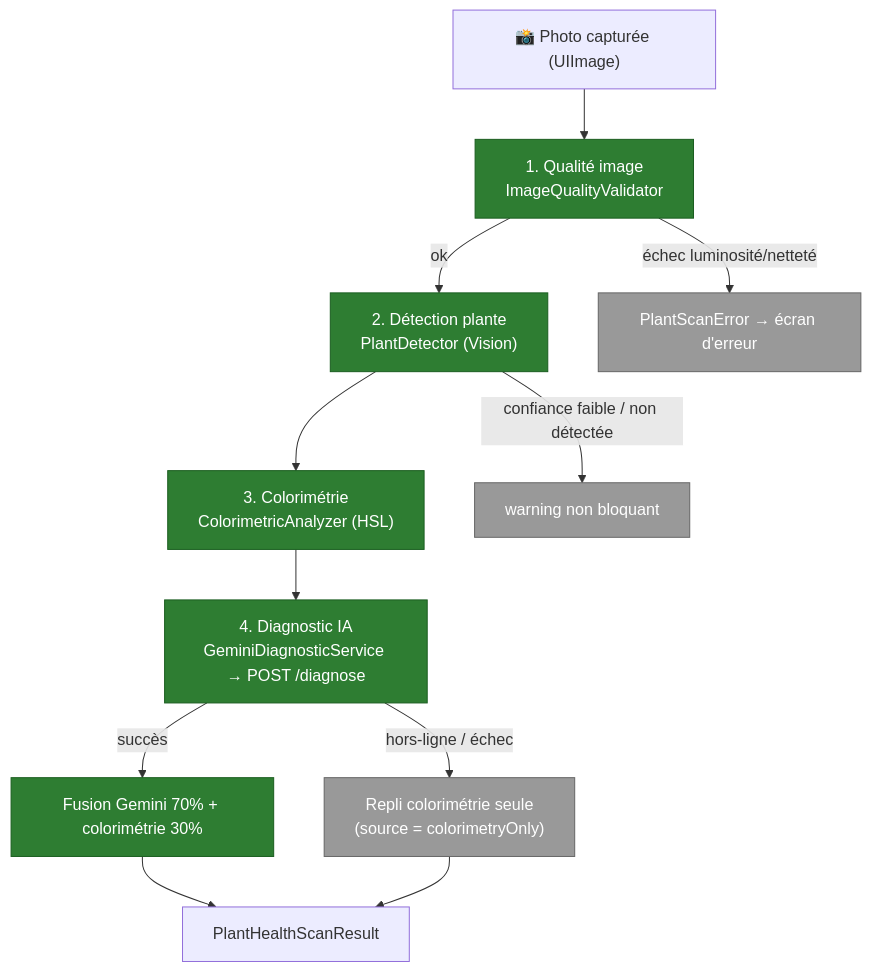
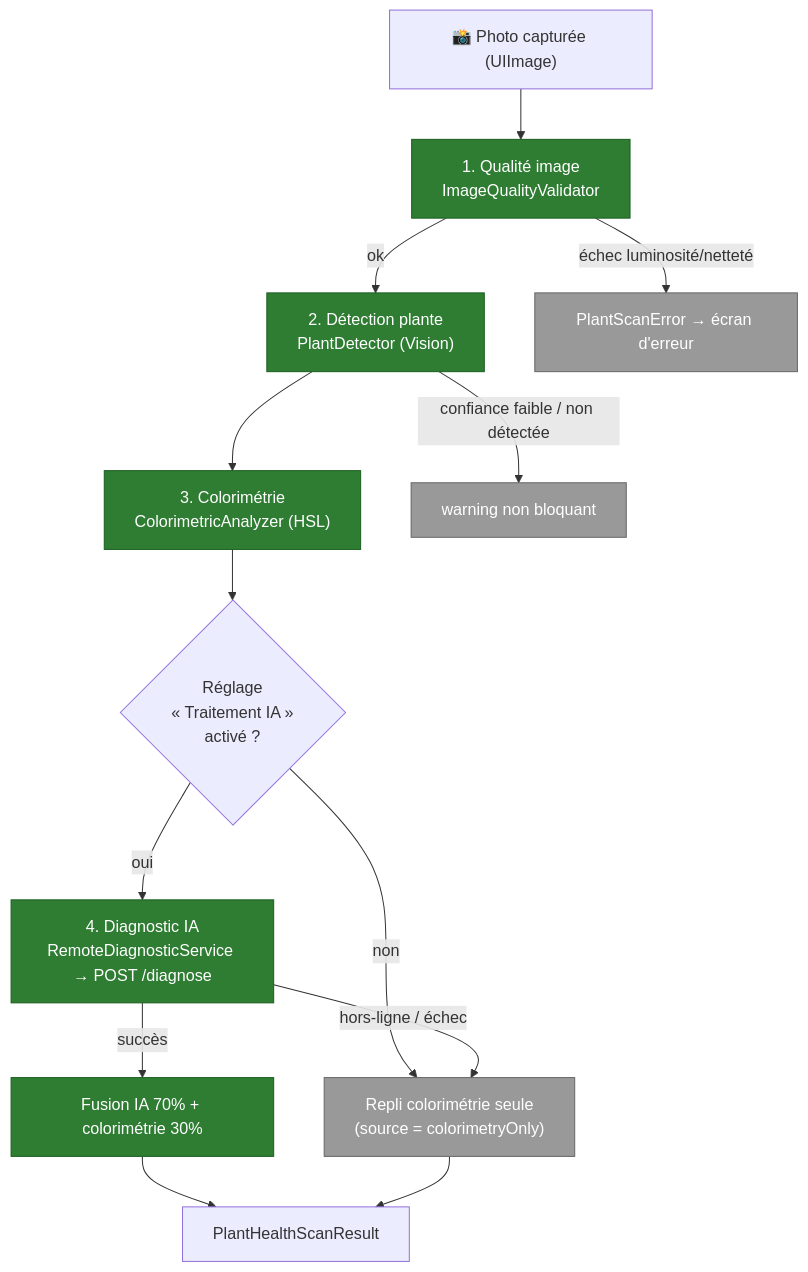
The diagram in docs/fr/screens/plant-health-scan.md (ArboreTeam/Arbore), drawn with Mermaid before and after one commit. The commit also changed other lines of this file and 29 other files, not shown here.

````diff
--- a/docs/fr/screens/plant-health-scan.md
+++ b/docs/fr/screens/plant-health-scan.md
@@ -9,25 +9,28 @@
 ```mermaid
 flowchart TB
     capture["📸 Photo capturée (UIImage)"]
     q["1. Qualité image<br/>ImageQualityValidator"]
     d["2. Détection plante<br/>PlantDetector (Vision)"]
     c["3. Colorimétrie<br/>ColorimetricAnalyzer (HSL)"]
-    g["4. Diagnostic IA<br/>GeminiDiagnosticService → POST /diagnose"]
-    merge["Fusion Gemini 70% + colorimétrie 30%"]
+    pref{"Réglage<br/>« Traitement IA »<br/>activé ?"}
+    g["4. Diagnostic IA<br/>RemoteDiagnosticService → POST /diagnose"]
+    merge["Fusion IA 70% + colorimétrie 30%"]
     res["PlantHealthScanResult"]
     fallback["Repli colorimétrie seule<br/>(source = colorimetryOnly)"]
 
     capture --> q
     q -->|échec luminosité/netteté| err["PlantScanError → écran d'erreur"]
     q -->|ok| d
     d -->|confiance faible / non détectée| warn["warning non bloquant"]
     d --> c
-    c --> g
+    c --> pref
+    pref -->|non| fallback
+    pref -->|oui| g
     g -->|succès| merge --> res
     g -->|hors-ligne / échec| fallback --> res
 
     classDef step fill:#2E7D32,stroke:#1B5E20,color:#fff
     classDef alt fill:#999,stroke:#666,color:#fff
     class q,d,c,g,merge step
     class err,warn,fallback alt
 ```
````
